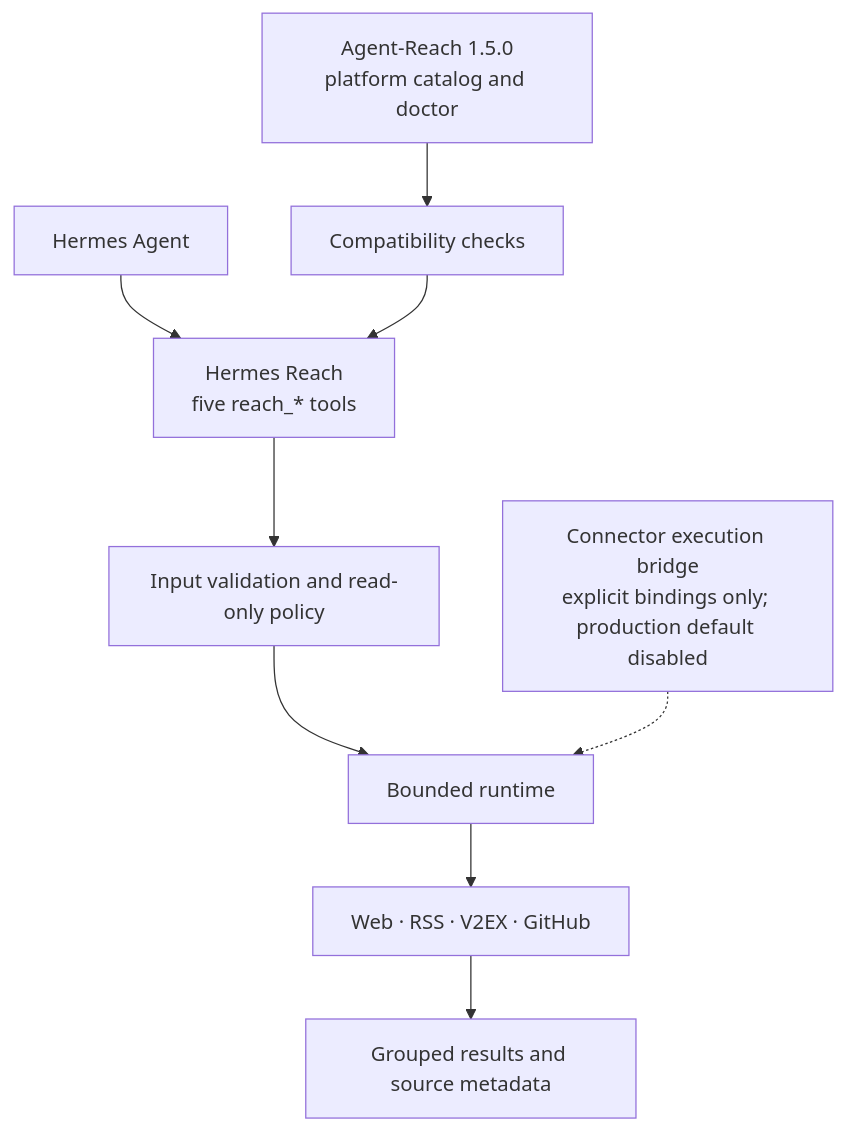
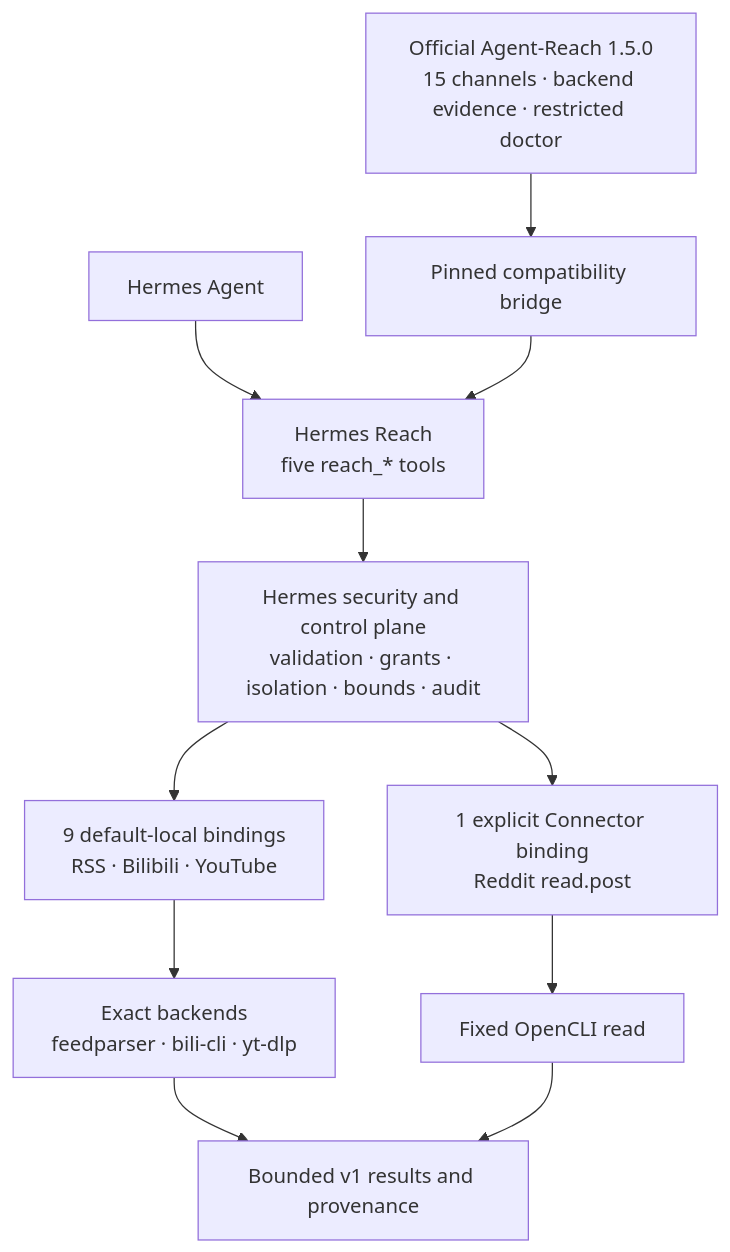
The first of 2 diagrams in README_EN.md (izumi0uu/hermes-reach), drawn with Mermaid before and after one commit. The commit also changed other lines of this file and 29 other files, not shown here.

Commit message:
refactor(adapter): enforce strict Agent-Reach plugin boundary

````diff
--- a/README_EN.md
+++ b/README_EN.md
@@ -161,11 +161,13 @@
 ```mermaid
 flowchart TD
     Hermes["Hermes Agent"] --> Plugin["Hermes Reach<br/>five reach_* tools"]
-    Upstream["Agent-Reach 1.5.0<br/>platform catalog and doctor"] --> Bridge["Compatibility checks"]
+    Upstream["Official Agent-Reach 1.5.0<br/>15 channels · backend evidence · restricted doctor"] --> Bridge["Pinned compatibility bridge"]
     Bridge --> Plugin
-    Plugin --> Guard["Input validation and read-only policy"]
-    Guard --> Runtime["Bounded runtime"]
-    Runtime --> Adapters["Web · RSS · V2EX · GitHub"]
-    Adapters --> Results["Grouped results and source metadata"]
-    Connector["Connector execution bridge<br/>explicit bindings only; production default disabled"] -.-> Runtime
+    Plugin --> Guard["Hermes security and control plane<br/>validation · grants · isolation · bounds · audit"]
+    Guard --> Local["9 default-local bindings<br/>RSS · Bilibili · YouTube"]
+    Guard --> Connector["1 explicit Connector binding<br/>Reddit read.post"]
+    Local --> Backends["Exact backends<br/>feedparser · bili-cli · yt-dlp"]
+    Connector --> OpenCLI["Fixed OpenCLI read"]
+    Backends --> Results["Bounded v1 results and provenance"]
+    OpenCLI --> Results
 ```
````
